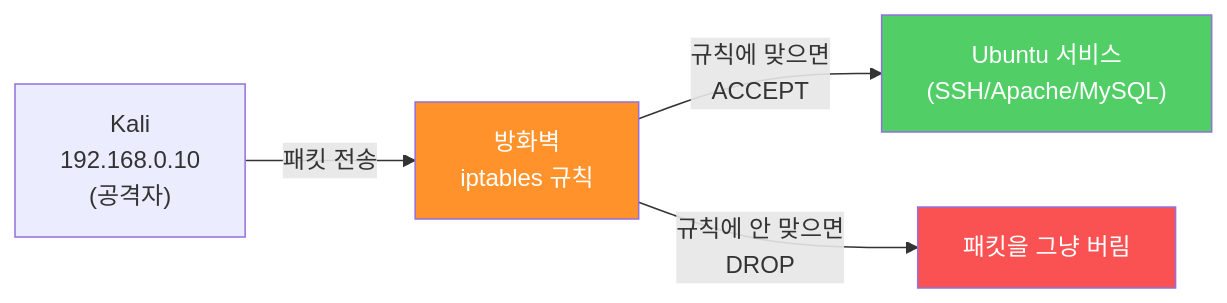
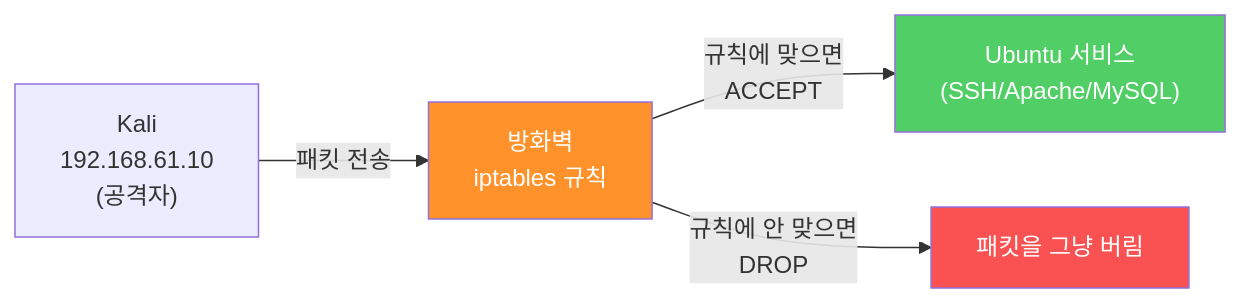
Before and after one commit to sbaek100/sbaek100.github.io: the second of 8 diagrams in _posts/1.응용강의/securitysystem/2026-03-26-SecuritySystem-7-1.md, drawn with Mermaid. The commit also changed other lines of this file and 518 other files, not shown here.

````diff
--- a/_posts/1.응용강의/securitysystem/2026-03-26-SecuritySystem-7-1.md
+++ b/_posts/1.응용강의/securitysystem/2026-03-26-SecuritySystem-7-1.md
@@ -274,9 +274,9 @@
 ```mermaid
 flowchart LR
-    A["Kali<br/>192.168.0.10<br/>(공격자)"] -->|"패킷 전송"| FW["방화벽<br/>iptables 규칙"]
+    A["Kali<br/>192.168.61.10<br/>(공격자)"] -->|"패킷 전송"| FW["방화벽<br/>iptables 규칙"]
     FW -->|"규칙에 맞으면<br/>ACCEPT"| S["Ubuntu 서비스<br/>(SSH/Apache/MySQL)"]
     FW -->|"규칙에 안 맞으면<br/>DROP"| X["패킷을 그냥 버림"]
     style FW fill:#ff922b,color:#fff
     style X fill:#fa5252,color:#fff
     style S fill:#51cf66,color:#fff
 ```
````
